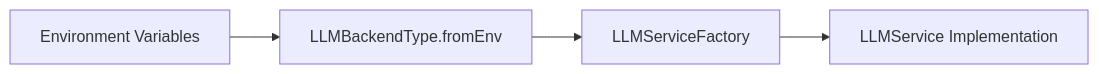
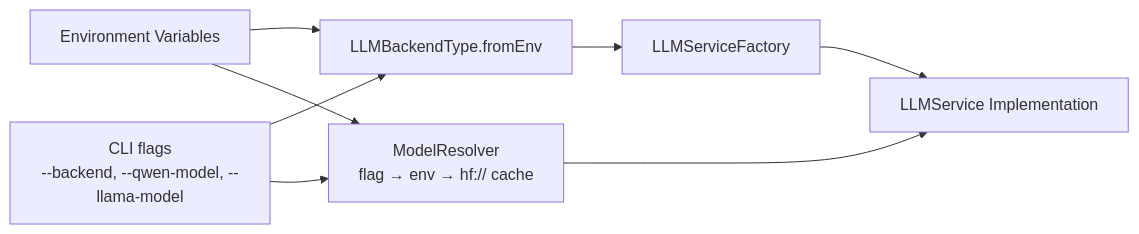
One commit to michalharakal/Daily-StandAPP changed the third of 4 diagrams in docs/modules/architecture/pages/08-crosscutting-concepts.adoc. Above: the diagram before and after it, drawn with Mermaid. The commit also changed other lines of this file and 38 other files, not shown here.

```diff
--- a/docs/modules/architecture/pages/08-crosscutting-concepts.adoc
+++ b/docs/modules/architecture/pages/08-crosscutting-concepts.adoc
@@ -185,12 +226,19 @@
 [mermaid]
 ----
 flowchart LR
     ENV[Environment Variables]
     BACKEND[LLMBackendType.fromEnv]
     FACTORY[LLMServiceFactory]
     IMPL[LLMService Implementation]
 
+    FLAGS[CLI flags<br/>--backend, --qwen-model, --llama-model]
+    RESOLVER[ModelResolver<br/>flag → env → hf:// cache]
+
     ENV --> BACKEND
+    FLAGS --> BACKEND
     BACKEND --> FACTORY
     FACTORY --> IMPL
+    FLAGS --> RESOLVER
+    ENV --> RESOLVER
+    RESOLVER --> IMPL
 ----
```
